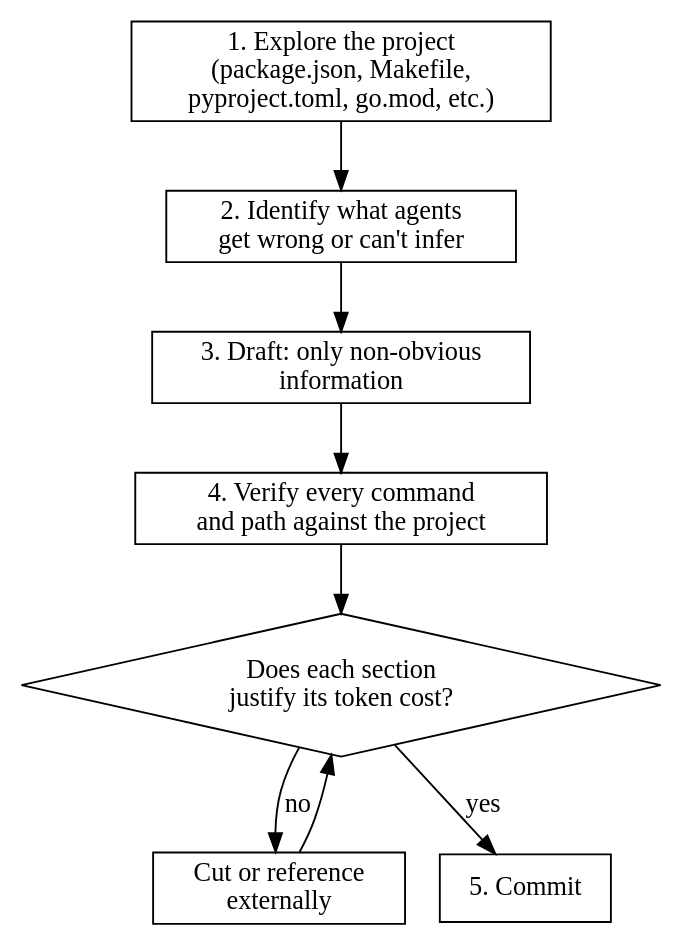
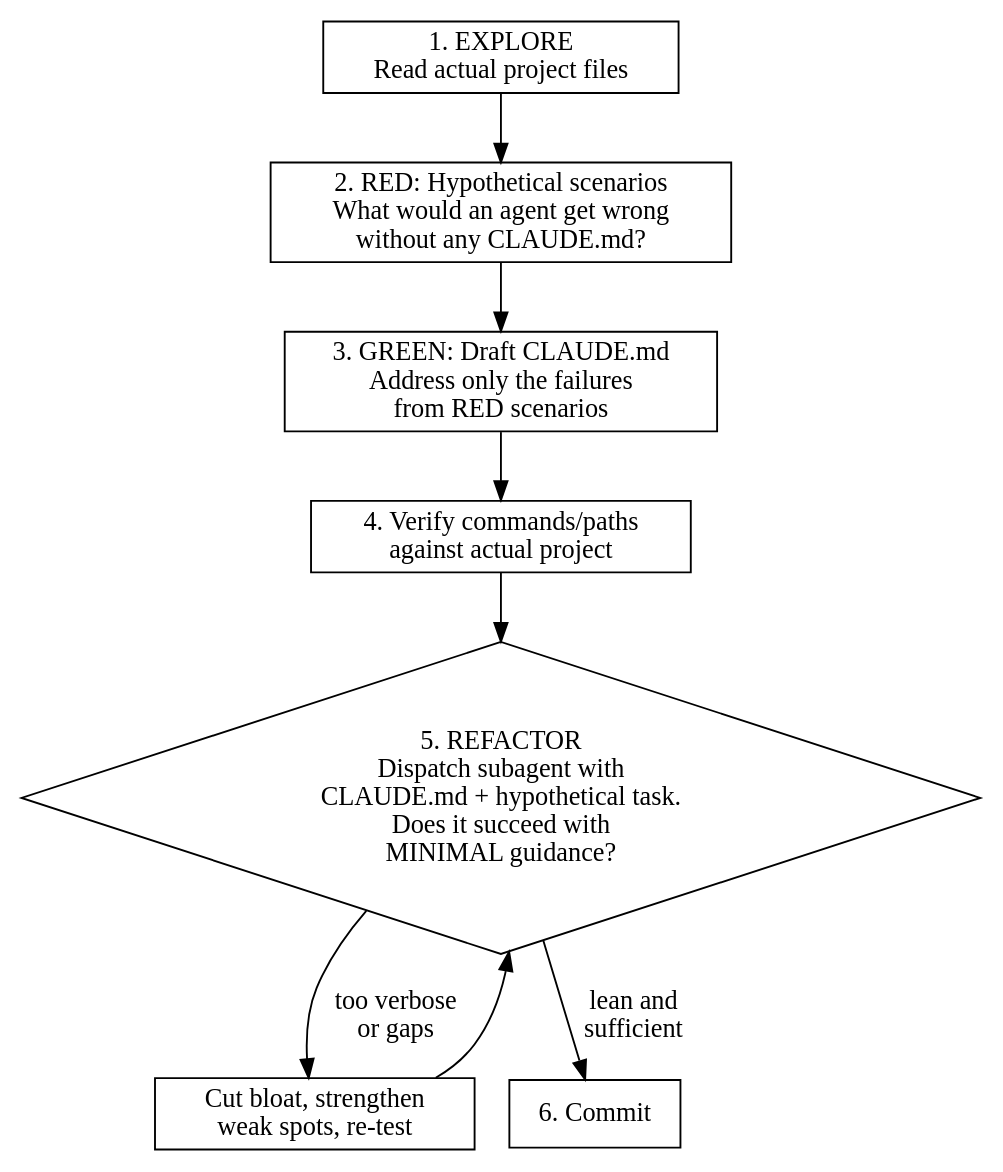
One commit to gillisandrew/dotfiles changed the diagram in skills/writing-claude-md/SKILL.md. Above: the diagram before and after it, drawn with Graphviz. The commit also changed other lines of this file, not shown here.

First line of the commit message:
refactor: reframe writing-claude-md skill with RED-GREEN-REFACTOR methodology

````diff
--- a/skills/writing-claude-md/SKILL.md
+++ b/skills/writing-claude-md/SKILL.md
@@ -23,19 +25,19 @@
 ```dot
 digraph writing_claude_md {
     rankdir=TB;
     node [shape=box];
 
-    explore [label="1. Explore the project\n(package.json, Makefile,\npyproject.toml, go.mod, etc.)"];
-    identify [label="2. Identify what agents\nget wrong or can't infer"];
-    draft [label="3. Draft: only non-obvious\ninformation"];
-    verify [label="4. Verify every command\nand path against the project"];
-    review [shape=diamond, label="Does each section\njustify its token cost?"];
-    cut [label="Cut or reference\nexternally"];
-    done [label="5. Commit"];
+    explore [label="1. EXPLORE\nRead actual project files"];
+    red [label="2. RED: Hypothetical scenarios\nWhat would an agent get wrong\nwithout any CLAUDE.md?"];
+    green [label="3. GREEN: Draft CLAUDE.md\nAddress only the failures\nfrom RED scenarios"];
+    verify [label="4. Verify commands/paths\nagainst actual project"];
+    refactor [shape=diamond, label="5. REFACTOR\nDispatch subagent with\nCLAUDE.md + hypothetical task.\nDoes it succeed with\nMINIMAL guidance?"];
+    cut [label="Cut bloat, strengthen\nweak spots, re-test"];
+    done [label="6. Commit"];
 
-    explore -> identify -> draft -> verify -> review;
-    review -> cut [label="no"];
-    review -> done [label="yes"];
-    cut -> review;
+    explore -> red -> green -> verify -> refactor;
+    refactor -> cut [label="too verbose\nor gaps"];
+    refactor -> done [label="lean and\nsufficient"];
+    cut -> refactor;
 }
 ```
````
